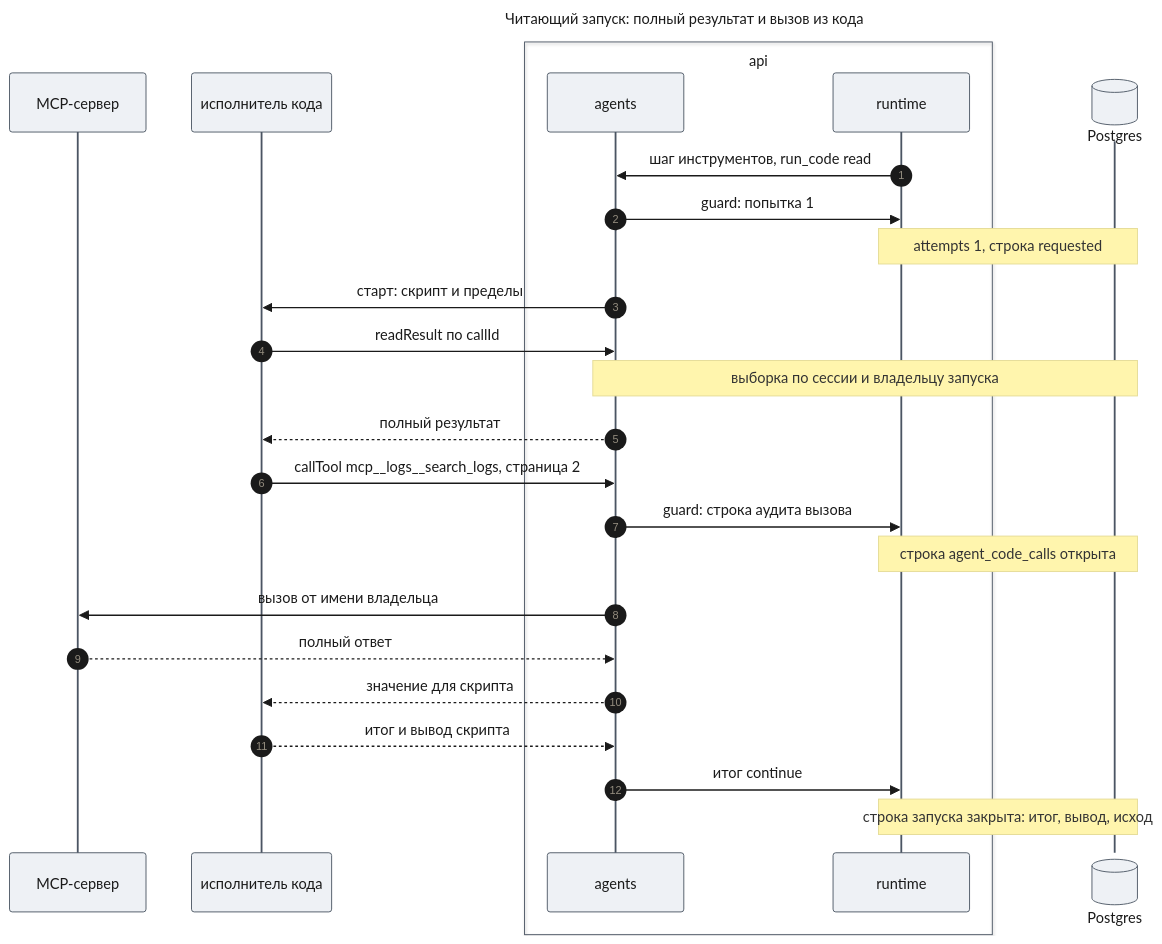
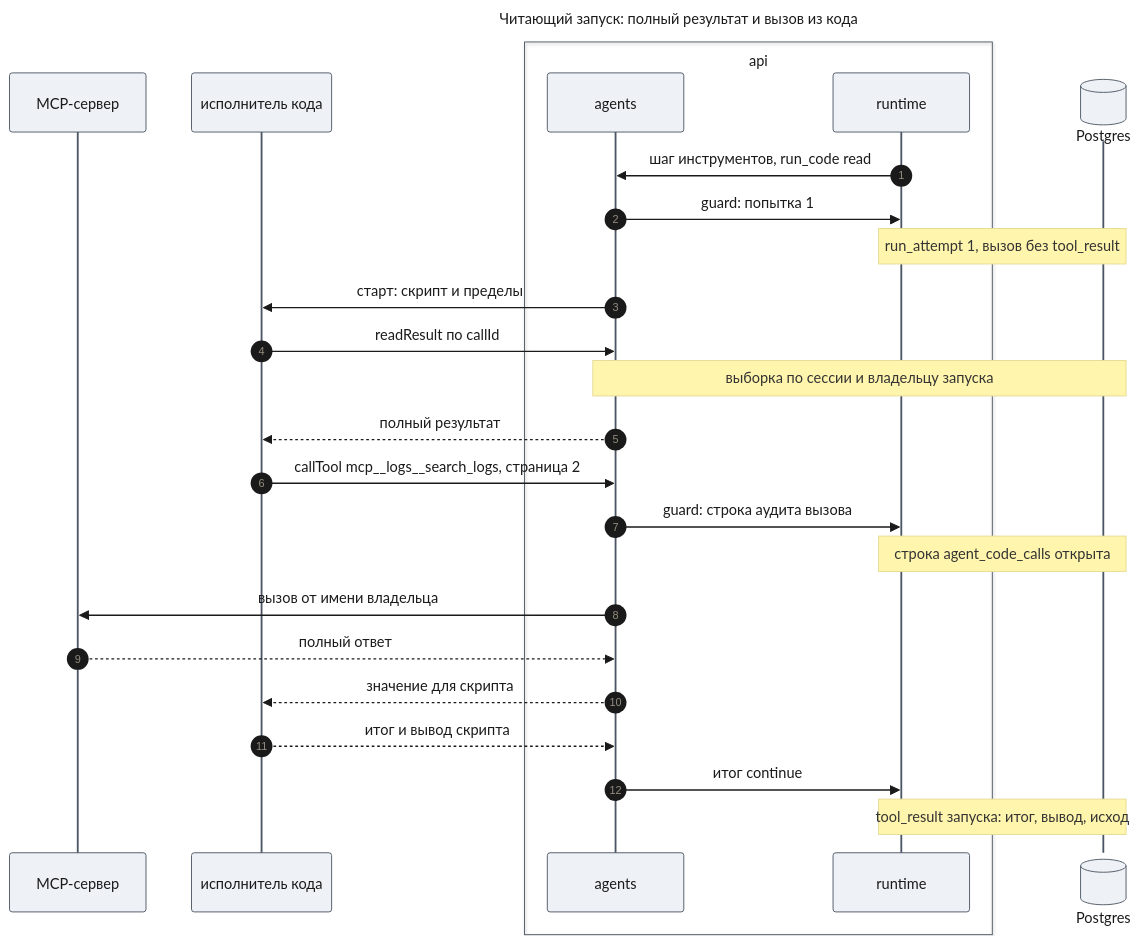
Before and after one commit to tundraray/agent-os: the sixth of 11 diagrams in docs/features/code-execution/design-code-execution.md, drawn with Mermaid. The commit also changed other lines of this file and 420 other files, not shown here.

````diff
--- a/docs/features/code-execution/design-code-execution.md
+++ b/docs/features/code-execution/design-code-execution.md
@@ -501,53 +501,53 @@
 ```mermaid
 ---
 title: "Читающий запуск: полный результат и вызов из кода"
 config:
   theme: base
   look: classic
   themeVariables:
     primaryColor: "#eef1f5"
     primaryBorderColor: "#4b5563"
     primaryTextColor: "#1a1a1a"
     lineColor: "#6b7280"
   themeCSS: |
     @keyframes lit_ce2{0%,7.5%{stroke:#991b1b;stroke-width:6px}8.33%,100%{stroke:#37474f;stroke-width:2px}}
     @keyframes litr_ce2{0%,7.5%{stroke:#1d4ed8;stroke-width:6px}8.33%,100%{stroke:#37474f;stroke-width:2px}}
     .messageLine0[data-id='i1'],.messageLine1[data-id='i1']{animation:lit_ce2 14.4s linear 0s infinite}
     .messageLine0[data-id='i2'],.messageLine1[data-id='i2']{animation:lit_ce2 14.4s linear 1.2s infinite}
     .messageLine0[data-id='i4'],.messageLine1[data-id='i4']{animation:lit_ce2 14.4s linear 2.4s infinite}
     .messageLine0[data-id='i5'],.messageLine1[data-id='i5']{animation:litr_ce2 14.4s linear 3.6s infinite}
     .messageLine0[data-id='i7'],.messageLine1[data-id='i7']{animation:litr_ce2 14.4s linear 4.8s infinite}
     .messageLine0[data-id='i8'],.messageLine1[data-id='i8']{animation:lit_ce2 14.4s linear 6s infinite}
     .messageLine0[data-id='i9'],.messageLine1[data-id='i9']{animation:lit_ce2 14.4s linear 7.2s infinite}
     .messageLine0[data-id='i11'],.messageLine1[data-id='i11']{animation:lit_ce2 14.4s linear 8.4s infinite}
     .messageLine0[data-id='i12'],.messageLine1[data-id='i12']{animation:litr_ce2 14.4s linear 9.6s infinite}
     .messageLine0[data-id='i13'],.messageLine1[data-id='i13']{animation:litr_ce2 14.4s linear 10.8s infinite}
     .messageLine0[data-id='i14'],.messageLine1[data-id='i14']{animation:litr_ce2 14.4s linear 12s infinite}
     .messageLine0[data-id='i15'],.messageLine1[data-id='i15']{animation:lit_ce2 14.4s linear 13.2s infinite}
 ---
 sequenceDiagram
     autonumber
     participant X as MCP-сервер
     participant CR as исполнитель кода
     box api
     participant AG as agents
     participant RT as runtime
     end
     participant DB@{ "type": "database" } as Postgres
     RT->>AG: шаг инструментов, run_code read
     AG->>RT: guard: попытка 1
-    Note over RT,DB: attempts 1, строка requested
+    Note over RT,DB: run_attempt 1, вызов без tool_result
     AG->>CR: старт: скрипт и пределы
     CR->>AG: readResult по callId
     Note over AG,DB: выборка по сессии и владельцу запуска
     AG-->>CR: полный результат
     CR->>AG: callTool mcp__logs__search_logs, страница 2
     AG->>RT: guard: строка аудита вызова
     Note over RT,DB: строка agent_code_calls открыта
     AG->>X: вызов от имени владельца
     X-->>AG: полный ответ
     AG-->>CR: значение для скрипта
     CR-->>AG: итог и вывод скрипта
     AG->>RT: итог continue
-    Note over RT,DB: строка запуска закрыта: итог, вывод, исход
+    Note over RT,DB: tool_result запуска: итог, вывод, исход
 ```
````
